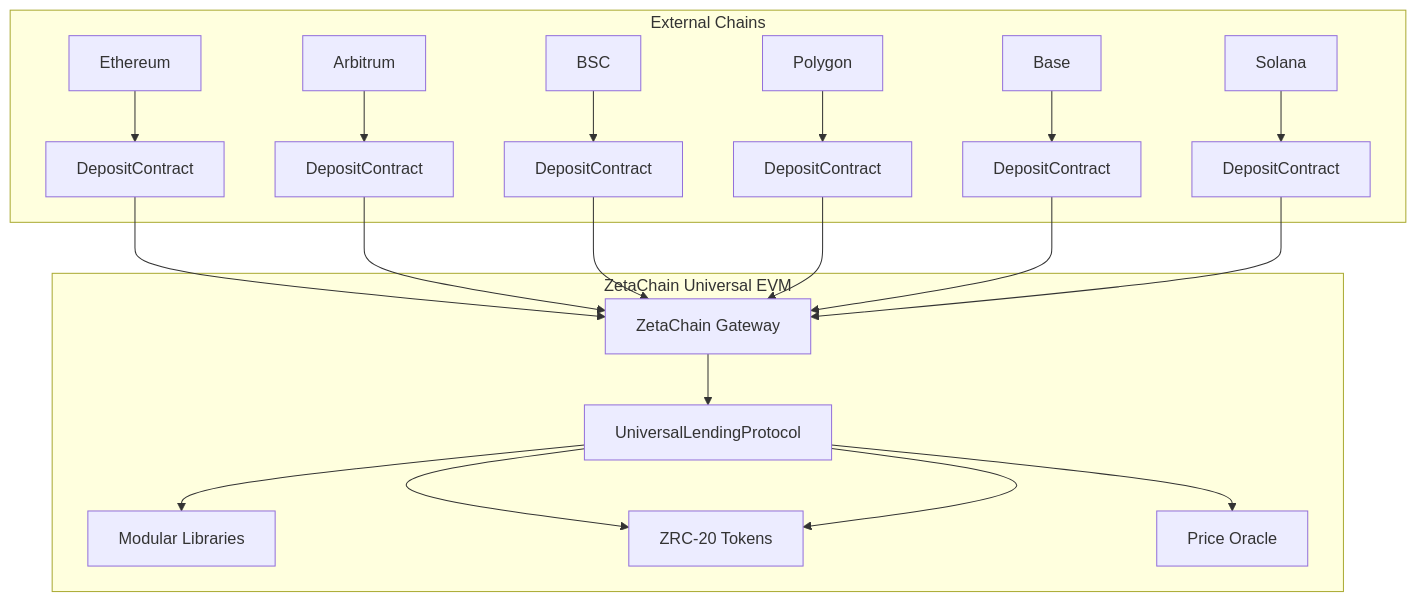
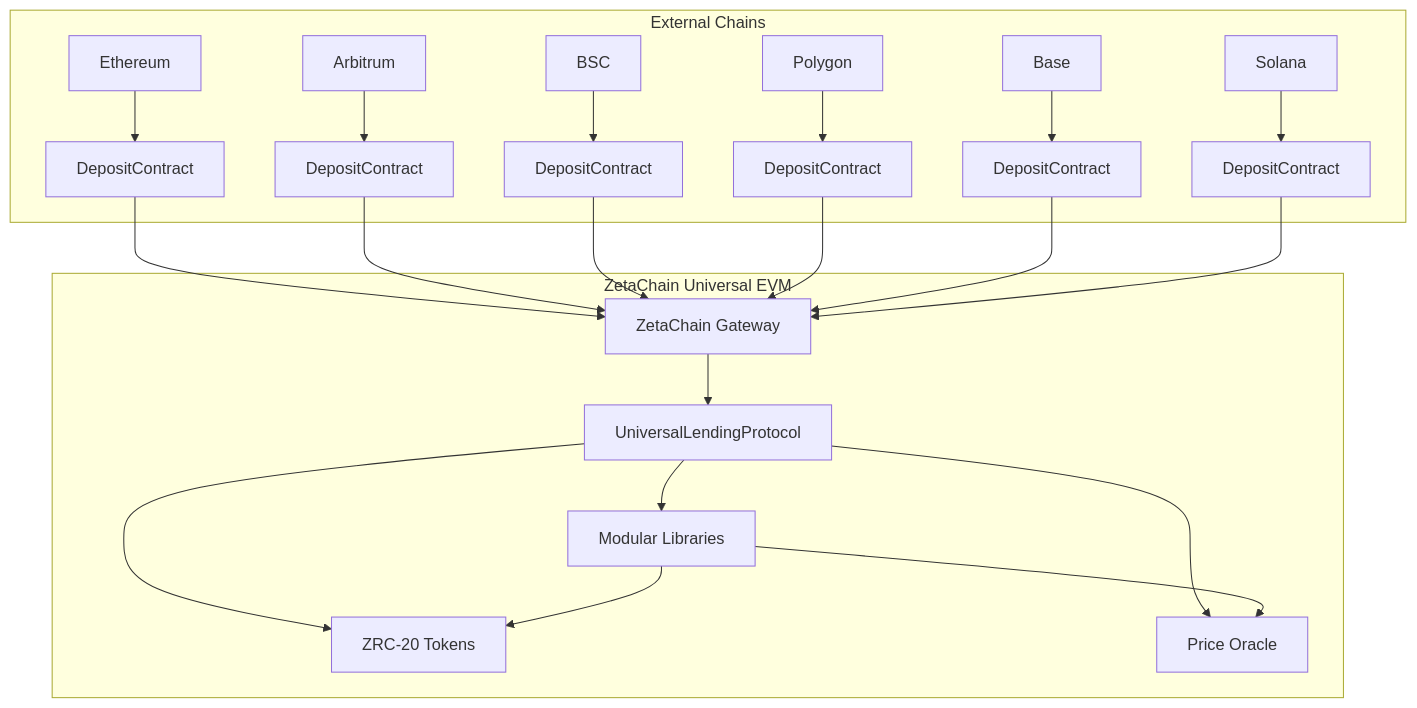
One commit to 0xnicholasy/zeta-hackathon changed the first of 4 diagrams in lending-zeta/CROSS-CHAIN-LENDING.md. Above: the diagram before and after it, drawn with Mermaid. The commit also changed 14 other files, not shown here.

````diff
--- a/lending-zeta/CROSS-CHAIN-LENDING.md
+++ b/lending-zeta/CROSS-CHAIN-LENDING.md
@@ -11,43 +11,44 @@
 ```mermaid
 graph TB
     subgraph "External Chains"
         EC1[Ethereum]
         EC2[Arbitrum]
         EC3[BSC]
         EC4[Polygon]
         EC5[Base]
         EC6[Solana]
         DC1[DepositContract]
         DC2[DepositContract]
         DC3[DepositContract]
         DC4[DepositContract]
         DC5[DepositContract]
         DC6[DepositContract]
     end
     
     subgraph "ZetaChain Universal EVM"
         GW[ZetaChain Gateway]
         ULP[UniversalLendingProtocol]
         LIB[Modular Libraries]
         ZRC[ZRC-20 Tokens]
         OR[Price Oracle]
     end
     
     EC1 --> DC1
     EC2 --> DC2
     EC3 --> DC3
     EC4 --> DC4
     EC5 --> DC5
     EC6 --> DC6
     DC1 --> GW
     DC2 --> GW
     DC3 --> GW
     DC4 --> GW
     DC5 --> GW
     DC6 --> GW
     GW --> ULP
     ULP --> LIB
     ULP --> ZRC
-    ULP --> ZRC
+    LIB --> ZRC
     ULP --> OR
+    LIB --> OR
 ```
````
